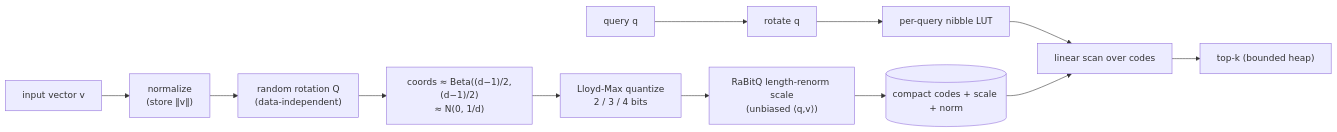
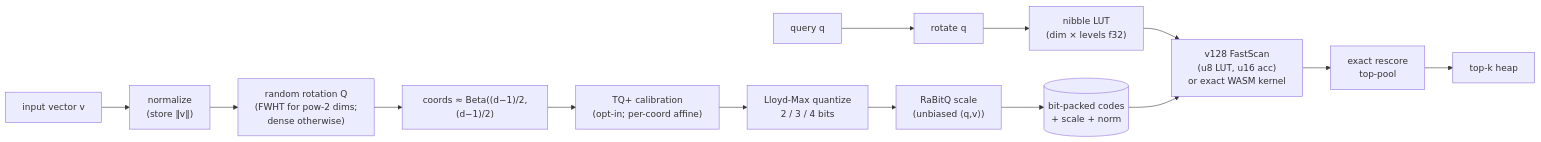
The diagram in README.md (a-tokyo/quantvec), drawn with Mermaid before and after one commit. The commit also changed other lines of this file and 1 other file, not shown here.

First line of the commit message:
docs+test: update README (FastScan + ergonomic layer) and add FastScan integration tests

````diff
--- a/README.md
+++ b/README.md
@@ -117,14 +171,17 @@
 ```mermaid
 flowchart LR
   V["input vector v"] --> N["normalize<br/>(store ‖v‖)"]
-  N --> R["random rotation Q<br/>(data-independent)"]
-  R --> B["coords ≈ Beta((d−1)/2,(d−1)/2)<br/>≈ N(0, 1/d)"]
-  B --> Q["Lloyd-Max quantize<br/>2 / 3 / 4 bits"]
-  Q --> S["RaBitQ length-renorm scale<br/>(unbiased ⟨q,v⟩)"]
-  S --> DB[("compact codes + scale + norm")]
+  N --> R["random rotation Q\n(FWHT for pow-2 dims;\ndense otherwise)"]
+  R --> B["coords ≈ Beta((d−1)/2,(d−1)/2)"]
+  B --> TQ["TQ+ calibration\n(opt-in; per-coord affine)"]
+  TQ --> Q["Lloyd-Max quantize\n2 / 3 / 4 bits"]
+  Q --> S["RaBitQ scale\n(unbiased ⟨q,v⟩)"]
+  S --> DB[("bit-packed codes\n+ scale + norm")]
+
   query["query q"] --> RQ["rotate q"]
-  RQ --> LUT["per-query nibble LUT"]
-  LUT --> SCAN["linear scan over codes"]
-  DB --> SCAN
-  SCAN --> TOPK["top-k (bounded heap)"]
+  RQ --> LUT["nibble LUT\n(dim × levels f32)"]
+  LUT --> FS["v128 FastScan\n(u8 LUT, u16 acc)\nor exact WASM kernel"]
+  DB --> FS
+  FS --> RESCORE["exact rescore\ntop-pool"]
+  RESCORE --> TOPK["top-k heap"]
 ```
````
